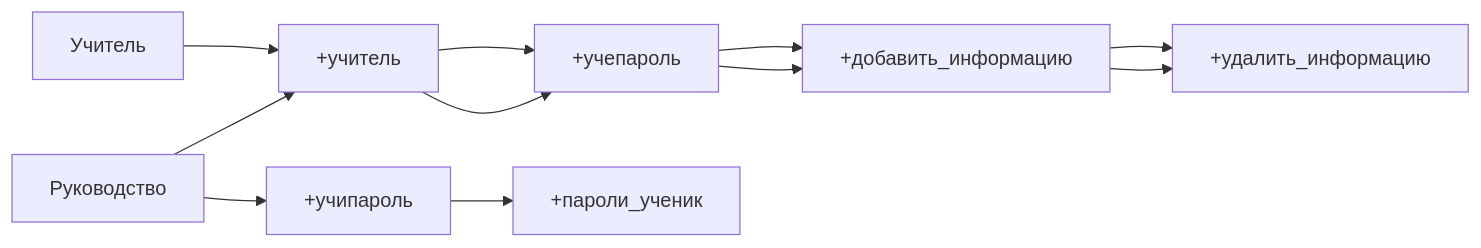
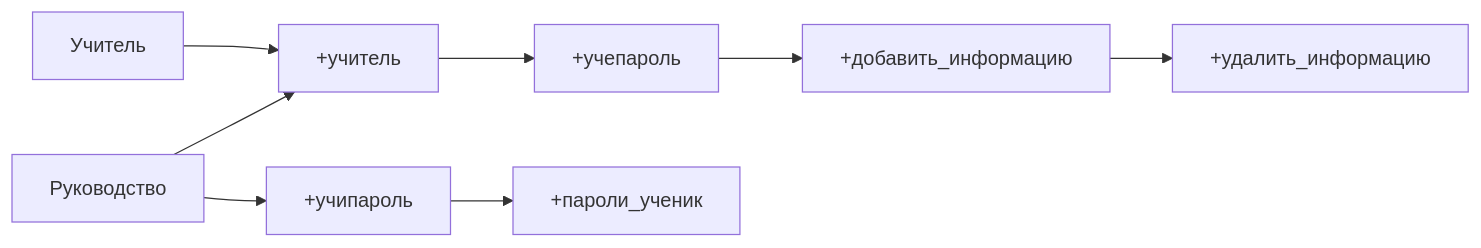
Before and after one commit to caffreyfizz/discord.py-platform-SIC: the diagram in README.md, drawn with Mermaid.

````diff
--- a/README.md
+++ b/README.md
@@ -113,7 +113,7 @@
 ```mermaid
   graph LR;
       Учитель-->+учитель-->+учепароль-->+добавить_информацию-->+удалить_информацию;
-      Руководство-->+учитель-->+учепароль-->+добавить_информацию-->+удалить_информацию;
+      Руководство-->+учитель;
       Руководство-->+учипароль-->+пароли_ученик;
       
 ```
````
